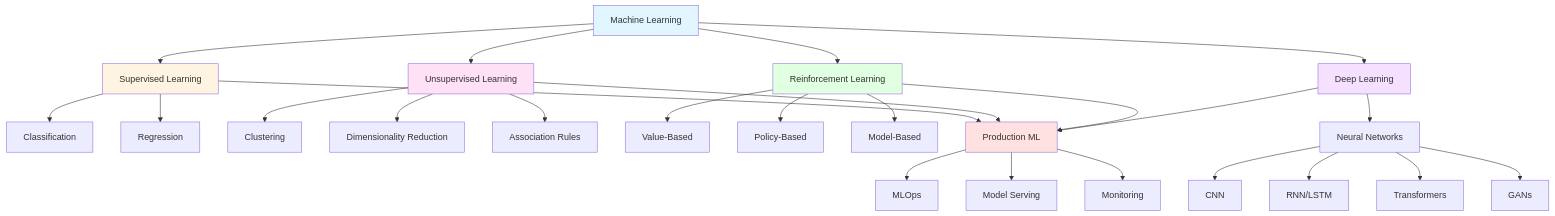
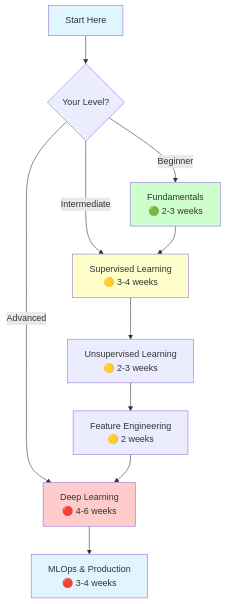
One commit to nvgr-GenAI/my-learning changed the first of 2 diagrams in docs/ml/index.md. Above: the diagram before and after it, drawn with Mermaid. The commit also changed other lines of this file and 82 other files, not shown here.

````diff
--- a/docs/ml/index.md
+++ b/docs/ml/index.md
@@ -24,40 +11,20 @@
-    ```mermaid
-    graph TB
-        A[Machine Learning] --> B[Supervised Learning]
-        A --> C[Unsupervised Learning]
-        A --> D[Reinforcement Learning]
-        A --> E[Deep Learning]
+```mermaid
+graph TB
+    Start[Start Here] --> Q1{Your Level?}
 
-        B --> B1[Classification]
-        B --> B2[Regression]
+    Q1 -->|Beginner| Fund[Fundamentals<br/>🟢 2-3 weeks]
+    Q1 -->|Intermediate| Super[Supervised Learning<br/>🟡 3-4 weeks]
+    Q1 -->|Advanced| Deep[Deep Learning<br/>🔴 4-6 weeks]
 
-        C --> C1[Clustering]
-        C --> C2[Dimensionality Reduction]
-        C --> C3[Association Rules]
+    Fund --> Super
+    Super --> Unsuper[Unsupervised Learning<br/>🟡 2-3 weeks]
+    Unsuper --> FeatEng[Feature Engineering<br/>🟡 2 weeks]
+    FeatEng --> Deep
+    Deep --> MLOps[MLOps & Production<br/>🔴 3-4 weeks]
 
-        D --> D1[Value-Based]
-        D --> D2[Policy-Based]
-        D --> D3[Model-Based]
-
-        E --> E1[Neural Networks]
-        E1 --> E2[CNN]
-        E1 --> E3[RNN/LSTM]
-        E1 --> E4[Transformers]
-        E1 --> E5[GANs]
-
-        B --> F[Production ML]
-        C --> F
-        D --> F
-        E --> F
-
-        F --> F1[MLOps]
-        F --> F2[Model Serving]
-        F --> F3[Monitoring]
-
-        style A fill:#e1f5ff
-        style B fill:#fff4e1
-        style C fill:#ffe1f5
-        style D fill:#e1ffe1
-        style E fill:#f5e1ff
-        style F fill:#ffe1e1
-    ```
+    style Start fill:#e1f5ff
+    style Fund fill:#ccffcc
+    style Super fill:#ffffcc
+    style Deep fill:#ffcccc
+    style MLOps fill:#e1f5ff
+```
````
